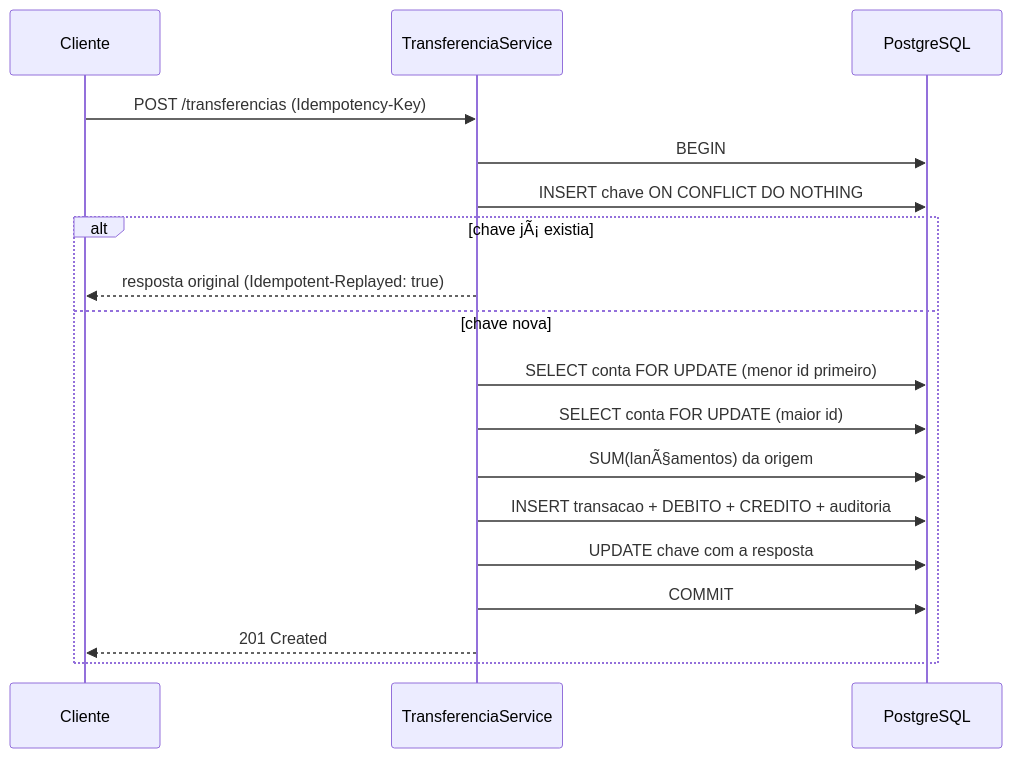
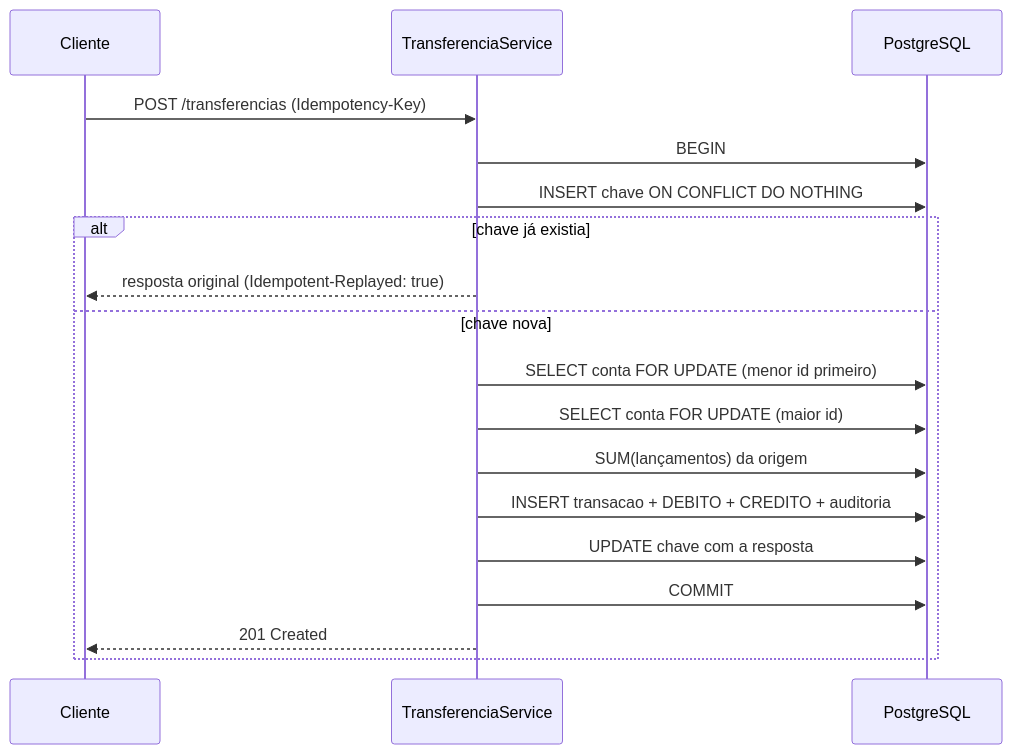
The second of 2 diagrams in README.md (gabrielgmln-ops/Projeto-B-A), drawn with Mermaid before and after one commit. The commit also changed other lines of this file and 8 other files, not shown here.

````diff
--- a/README.md
+++ b/README.md
@@ -37,20 +37,20 @@
 ```mermaid
 sequenceDiagram
     participant Cli as Cliente
     participant T as TransferenciaService
     participant DB as PostgreSQL
     Cli->>T: POST /transferencias (Idempotency-Key)
     T->>DB: BEGIN
     T->>DB: INSERT chave ON CONFLICT DO NOTHING
-    alt chave jÃ¡ existia
+    alt chave já existia
         T-->>Cli: resposta original (Idempotent-Replayed: true)
     else chave nova
         T->>DB: SELECT conta FOR UPDATE (menor id primeiro)
         T->>DB: SELECT conta FOR UPDATE (maior id)
-        T->>DB: SUM(lanÃ§amentos) da origem
+        T->>DB: SUM(lançamentos) da origem
         T->>DB: INSERT transacao + DEBITO + CREDITO + auditoria
         T->>DB: UPDATE chave com a resposta
         T->>DB: COMMIT
         T-->>Cli: 201 Created
     end
 ```
````
